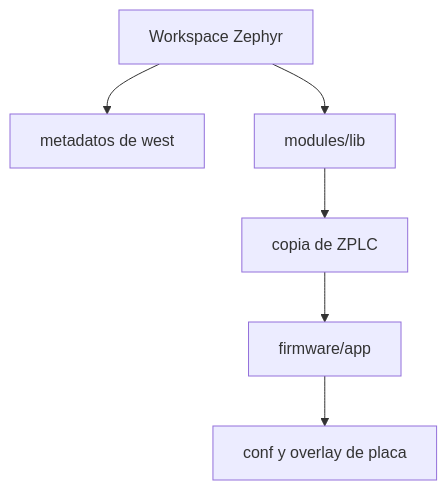
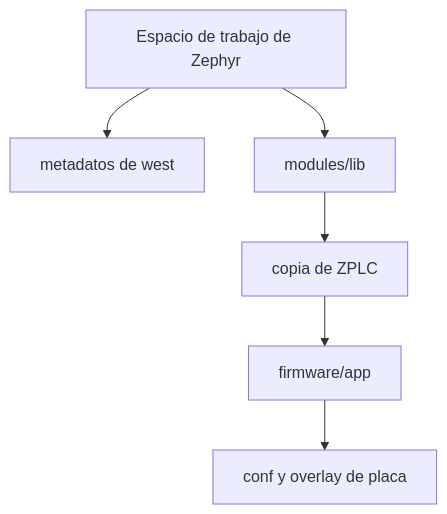
The diagram in docs/i18n/es/docusaurus-plugin-content-docs/current/reference/zephyr-workspace-setup.md (eduardojvieira/ZPLC), drawn with Mermaid before and after one commit. The commit also changed other lines of this file and 10 other files, not shown here.

Commit message:
docs(es): align the source of truth, the Zephyr workspace page and the incidence and report wording

````diff
--- a/docs/i18n/es/docusaurus-plugin-content-docs/current/reference/zephyr-workspace-setup.md
+++ b/docs/i18n/es/docusaurus-plugin-content-docs/current/reference/zephyr-workspace-setup.md
@@ -31,9 +31,9 @@
 ```mermaid
 flowchart TD
-  ROOT[Workspace Zephyr]
+  ROOT[Espacio de trabajo de Zephyr]
   ROOT --> WEST[metadatos de west]
   ROOT --> MODULES[modules/lib]
   MODULES --> ZPLC[copia de ZPLC]
   ZPLC --> APP[firmware/app]
   APP --> BOARDS[conf y overlay de placa]
 ```
````
